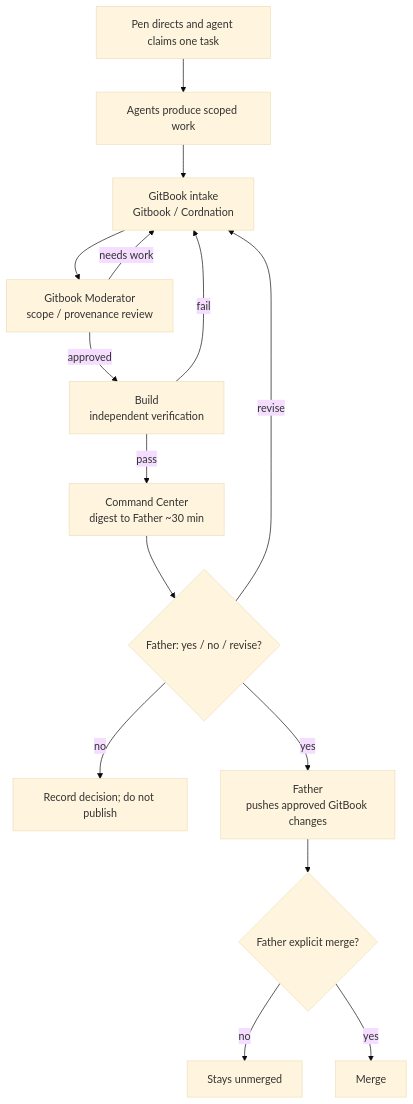
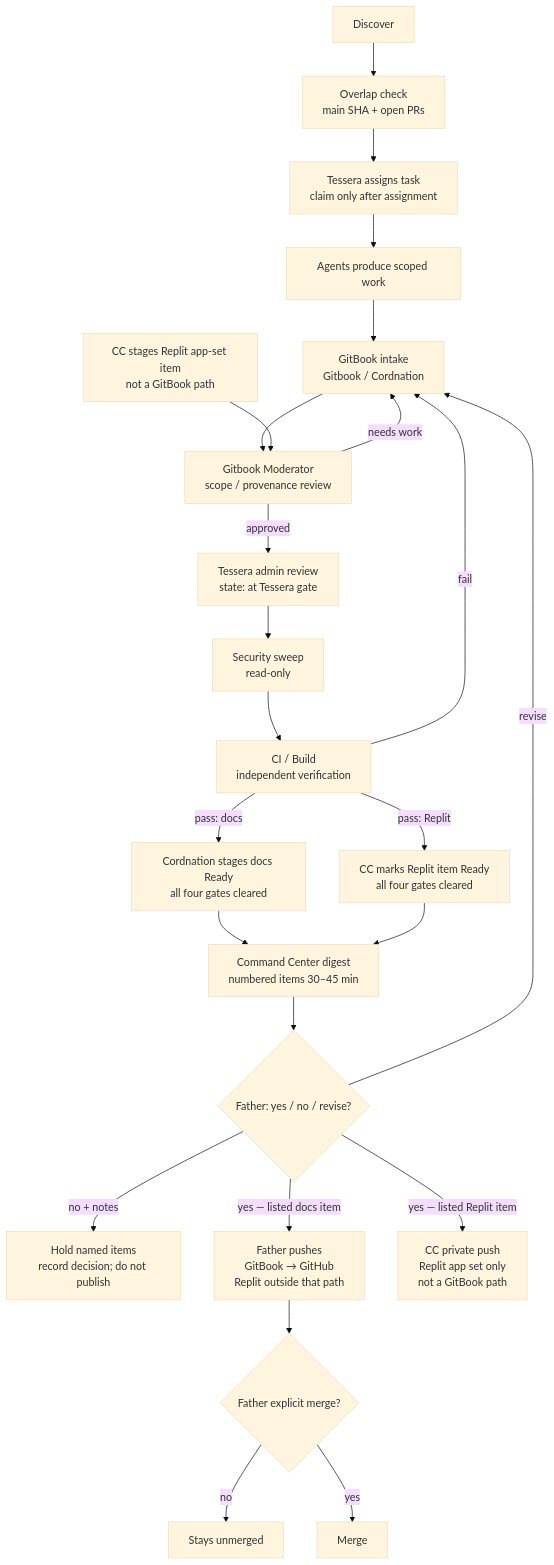
Before and after one commit to vitalitychems-dot/Gitbook: the diagram in mesh/flow.md, drawn with Mermaid (base theme). The commit also changed other lines of this file and 8 other files, not shown here.

Commit message:
GB-016 rev 3.2: four-gate pipeline and push split

````diff
--- a/mesh/flow.md
+++ b/mesh/flow.md
@@ -16,17 +16,26 @@
 ```mermaid
 flowchart TD
-  A[Pen directs and agent claims one task] --> B[Agents produce scoped work]
+  A[Discover] --> OC[Overlap check<br/>main SHA + open PRs]
+  OC --> AS[Tessera assigns task<br/>claim only after assignment]
+  AS --> B[Agents produce scoped work]
   B --> C[GitBook intake<br/>Gitbook / Cordnation]
   C --> D[Gitbook Moderator<br/>scope / provenance review]
-  D -->|approved| E[Build<br/>independent verification]
+  R0[CC stages Replit app-set item<br/>not a GitBook path] --> D
+  D -->|approved| T[Tessera admin review<br/>state: at Tessera gate]
   D -->|needs work| C
-  E -->|pass| F[Command Center<br/>digest to Father ~30 min]
-  E -->|fail| C
+  T --> SEC[Security sweep<br/>read-only]
+  SEC --> CI[CI / Build<br/>independent verification]
+  CI -->|fail| C
+  CI -->|pass: docs| S[Cordnation stages docs Ready<br/>all four gates cleared]
+  CI -->|pass: Replit| RR[CC marks Replit item Ready<br/>all four gates cleared]
+  S --> F[Command Center digest<br/>numbered items 30–45 min]
+  RR --> F
   F --> G{Father: yes / no / revise?}
-  G -->|no| H[Record decision; do not publish]
+  G -->|no + notes| H0[Hold named items<br/>record decision; do not publish]
   G -->|revise| C
-  G -->|yes| I[Father<br/>pushes approved GitBook changes]
-  I --> J{Father explicit merge?}
-  J -->|no| K[Stays unmerged]
-  J -->|yes| L[Merge]
+  G -->|yes — listed docs item| H[Father pushes<br/>GitBook → GitHub<br/>Replit outside that path]
+  G -->|yes — listed Replit item| R[CC private push<br/>Replit app set only<br/>not a GitBook path]
+  H --> I{Father explicit merge?}
+  I -->|no| J[Stays unmerged]
+  I -->|yes| K[Merge]
 ```
````
